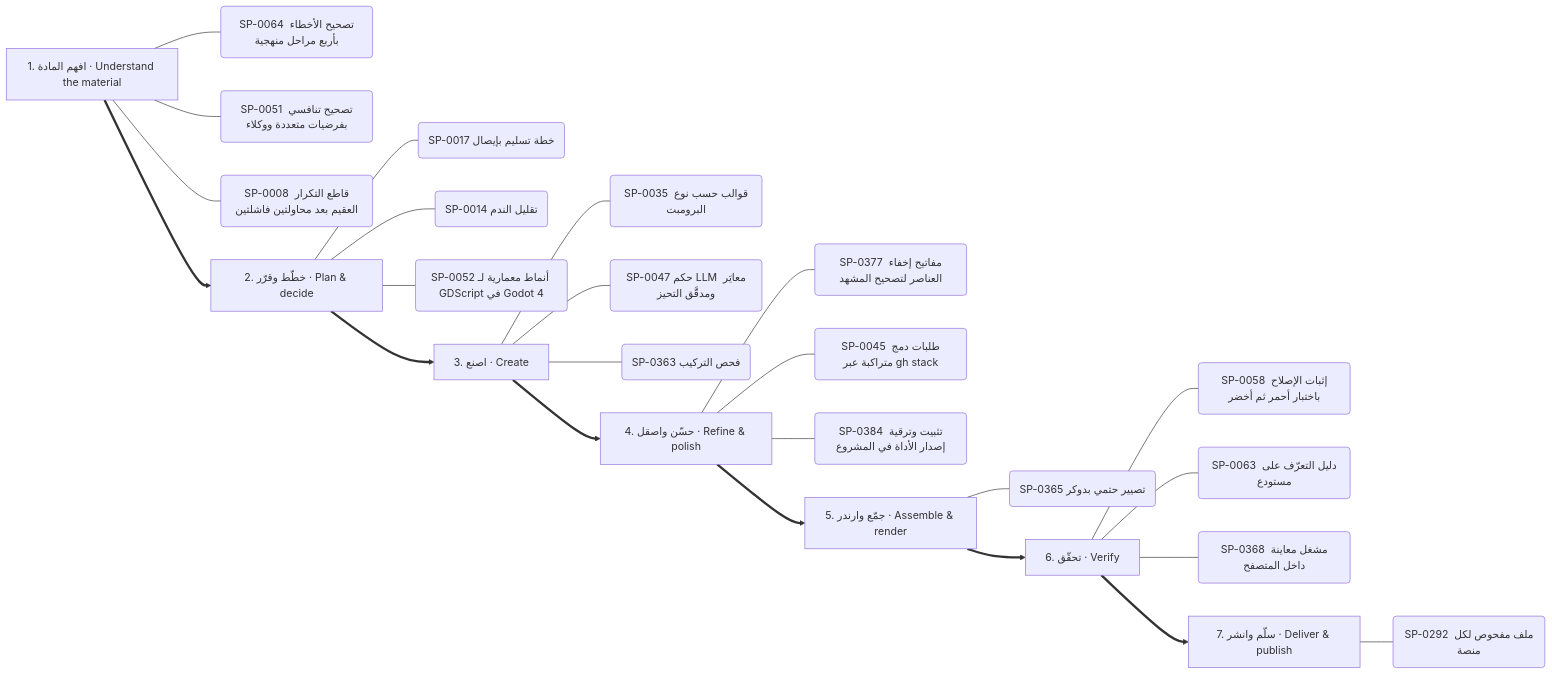
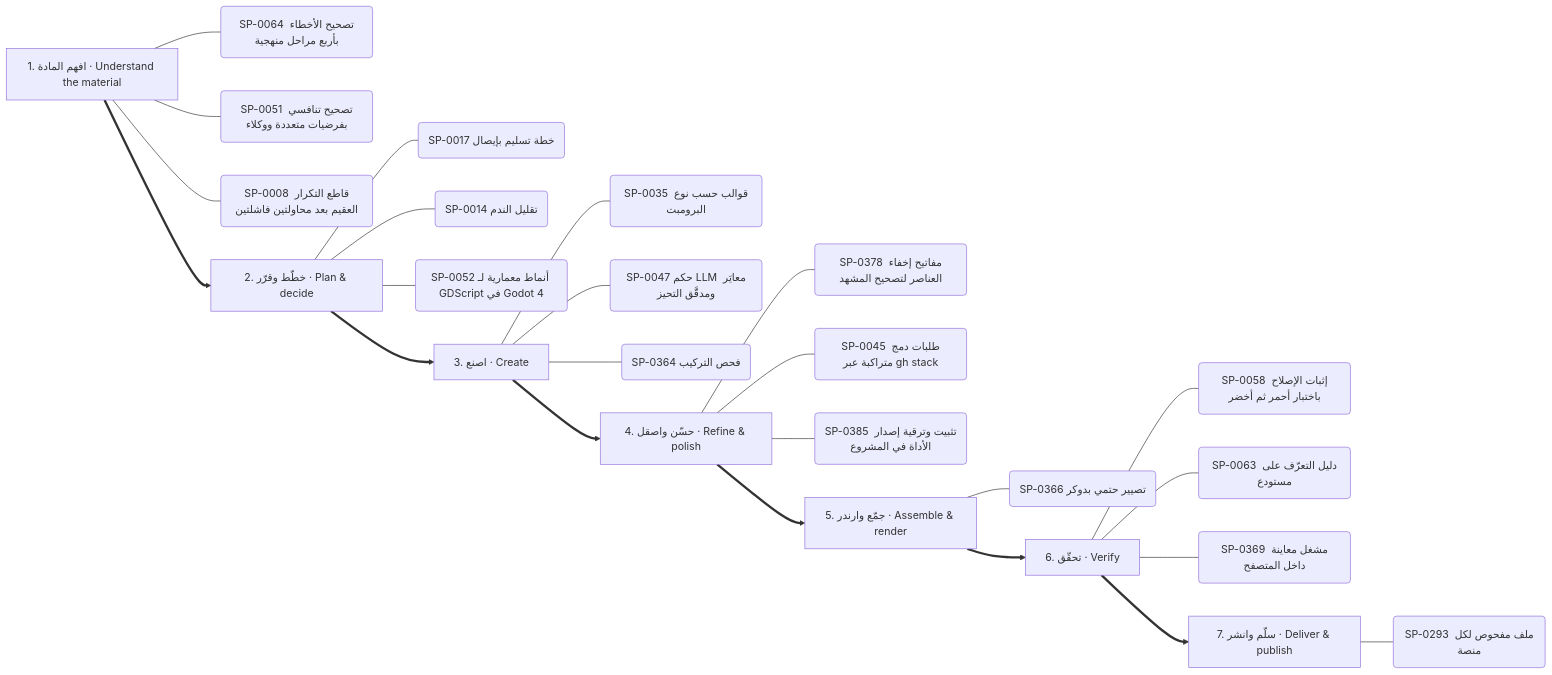
One commit to kosif199022-jpg/kosif-tool changed the tenth of 13 diagrams in .claude/skills/kosif-superpowers/references/capability-mindmap.md. Above: the diagram before and after it, drawn with Mermaid. The commit also changed other lines of this file and 65 other files, not shown here.

````diff
--- a/.claude/skills/kosif-superpowers/references/capability-mindmap.md
+++ b/.claude/skills/kosif-superpowers/references/capability-mindmap.md
@@ -505,33 +505,33 @@
 ```mermaid
 flowchart LR
   S0["1. افهم المادة · Understand the material"]
   S0 --- S0_0("SP-0064 تصحيح الأخطاء بأربع مراحل منهجية")
   S0 --- S0_1("SP-0051 تصحيح تنافسي بفرضيات متعددة ووكلاء")
   S0 --- S0_2("SP-0008 قاطع التكرار العقيم بعد محاولتين فاشلتين")
   S1["2. خطّط وقرّر · Plan & decide"]
   S1 --- S1_0("SP-0017 خطة تسليم بإيصال")
   S1 --- S1_1("SP-0014 تقليل الندم")
   S1 --- S1_2("SP-0052 أنماط معمارية لـ GDScript في Godot 4")
   S0 ==> S1
   S2["3. اصنع · Create"]
   S2 --- S2_0("SP-0035 قوالب حسب نوع البرومبت")
   S2 --- S2_1("SP-0047 حكم LLM معايَر ومدقَّق التحيز")
-  S2 --- S2_2("SP-0363 فحص التركيب")
+  S2 --- S2_2("SP-0364 فحص التركيب")
   S1 ==> S2
   S3["4. حسّن واصقل · Refine & polish"]
-  S3 --- S3_0("SP-0377 مفاتيح إخفاء العناصر لتصحيح المشهد")
+  S3 --- S3_0("SP-0378 مفاتيح إخفاء العناصر لتصحيح المشهد")
   S3 --- S3_1("SP-0045 طلبات دمج متراكبة عبر gh stack")
-  S3 --- S3_2("SP-0384 تثبيت وترقية إصدار الأداة في المشروع")
+  S3 --- S3_2("SP-0385 تثبيت وترقية إصدار الأداة في المشروع")
   S2 ==> S3
   S4["5. جمّع وارندر · Assemble & render"]
-  S4 --- S4_0("SP-0365 تصيير حتمي بدوكر")
+  S4 --- S4_0("SP-0366 تصيير حتمي بدوكر")
   S3 ==> S4
   S5["6. تحقّق · Verify"]
   S5 --- S5_0("SP-0058 إثبات الإصلاح باختبار أحمر ثم أخضر")
   S5 --- S5_1("SP-0063 دليل التعرّف على مستودع")
-  S5 --- S5_2("SP-0368 مشغل معاينة داخل المتصفح")
+  S5 --- S5_2("SP-0369 مشغل معاينة داخل المتصفح")
   S4 ==> S5
   S6["7. سلّم وانشر · Deliver & publish"]
-  S6 --- S6_0("SP-0292 ملف مفحوص لكل منصة")
+  S6 --- S6_0("SP-0293 ملف مفحوص لكل منصة")
   S5 ==> S6
 ```
````
